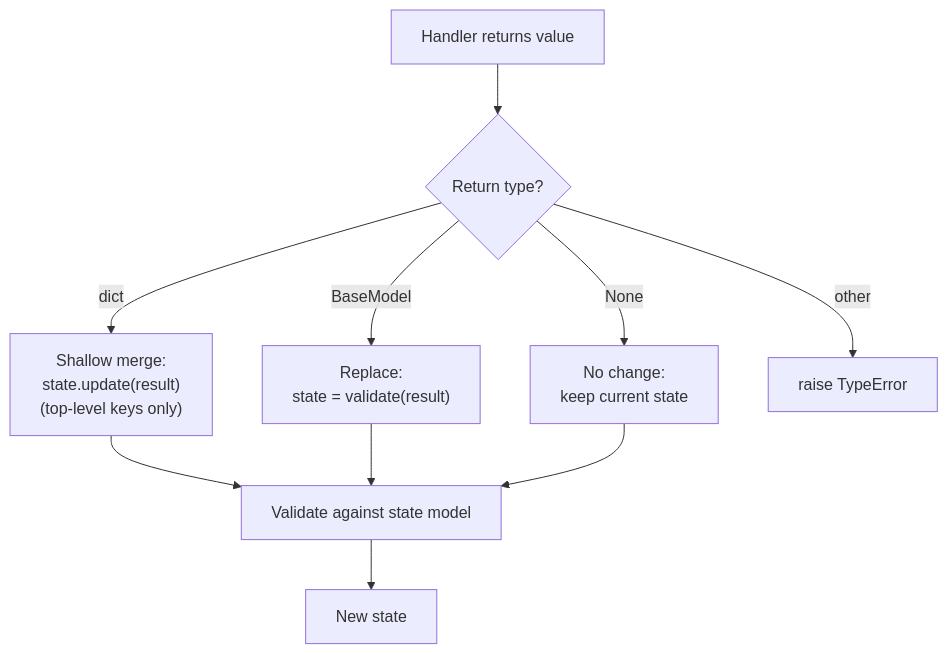
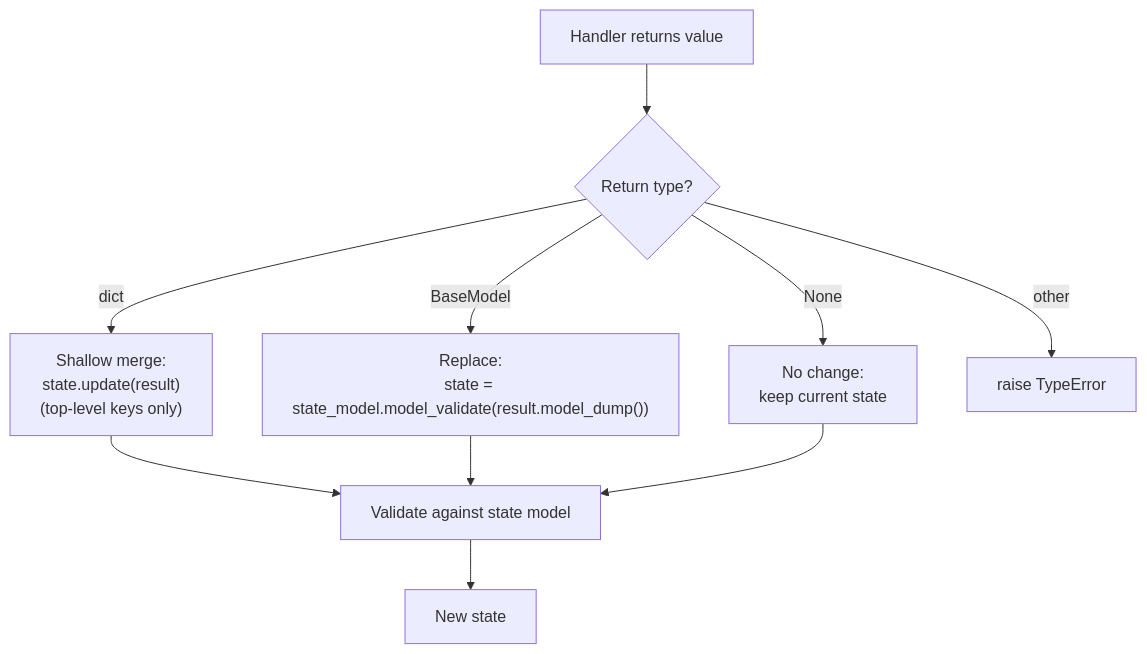
Before and after one commit to yeongseon/azure-functions-durable-graph-python: the second of 2 diagrams in docs/usage.md, drawn with Mermaid. The commit also changed other lines of this file and 5 other files, not shown here.

Commit message:
docs: correct diagrams to match runtime (start_new by name, raise_event via HTTP endpoint, model_validate merge)

````diff
--- a/docs/usage.md
+++ b/docs/usage.md
@@ -157,12 +159,12 @@
 ```mermaid
 flowchart TD
     A["Handler returns value"] --> B{"Return type?"}
     B -->|"dict"| C["Shallow merge:<br/>state.update(result)<br/>(top-level keys only)"]
-    B -->|"BaseModel"| D["Replace:<br/>state = validate(result)"]
+    B -->|"BaseModel"| D["Replace:<br/>state = state_model.model_validate(result.model_dump())"]
     B -->|"None"| E["No change:<br/>keep current state"]
     B -->|"other"| F["raise TypeError"]
     C --> G["Validate against state model"]
     D --> G
     E --> G
     G --> H["New state"]
 ```
````
